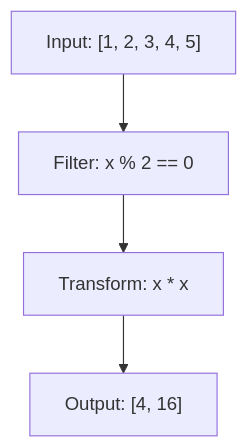
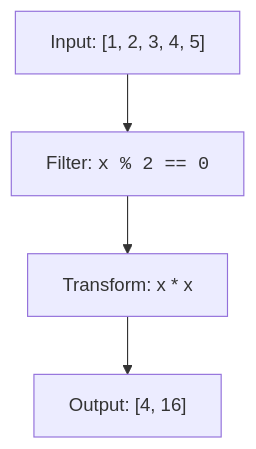
One commit to dataslope/dataslope changed the diagram in content/learn/python-basics/comprehensions.mdx. Above: the diagram before and after it, drawn with Mermaid. The commit also changed 56 other files, not shown here.

````diff
--- a/content/learn/python-basics/comprehensions.mdx
+++ b/content/learn/python-basics/comprehensions.mdx
@@ -14,6 +14,6 @@
 ```mermaid
 flowchart TD
-    A["Input: [1, 2, 3, 4, 5]"] --> B["Filter: x % 2 == 0"]
+    A["Input: [1, 2, 3, 4, 5]"] --> B["Filter: <code>x % 2 == 0</code>"]
     B --> C["Transform: x * x"]
     C --> D["Output: [4, 16]"]
 ```
````
